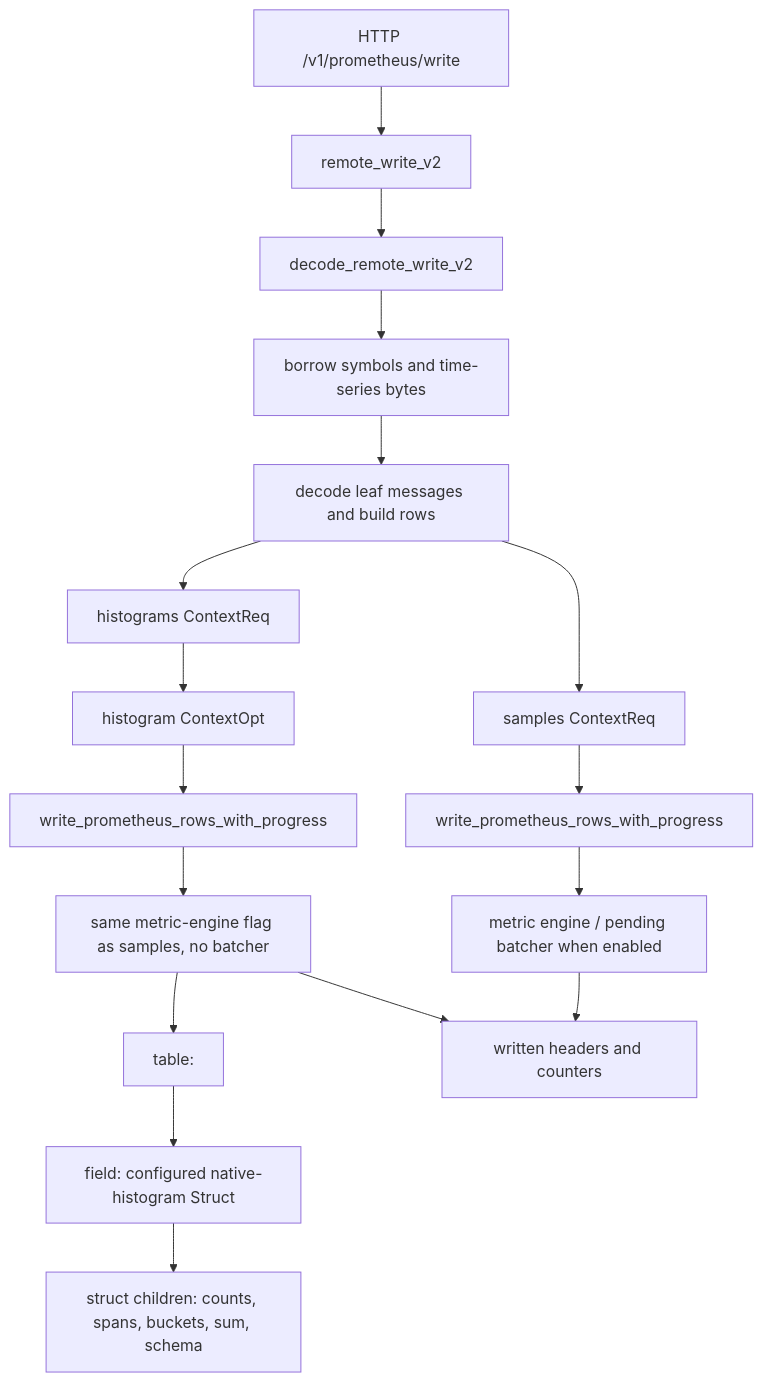
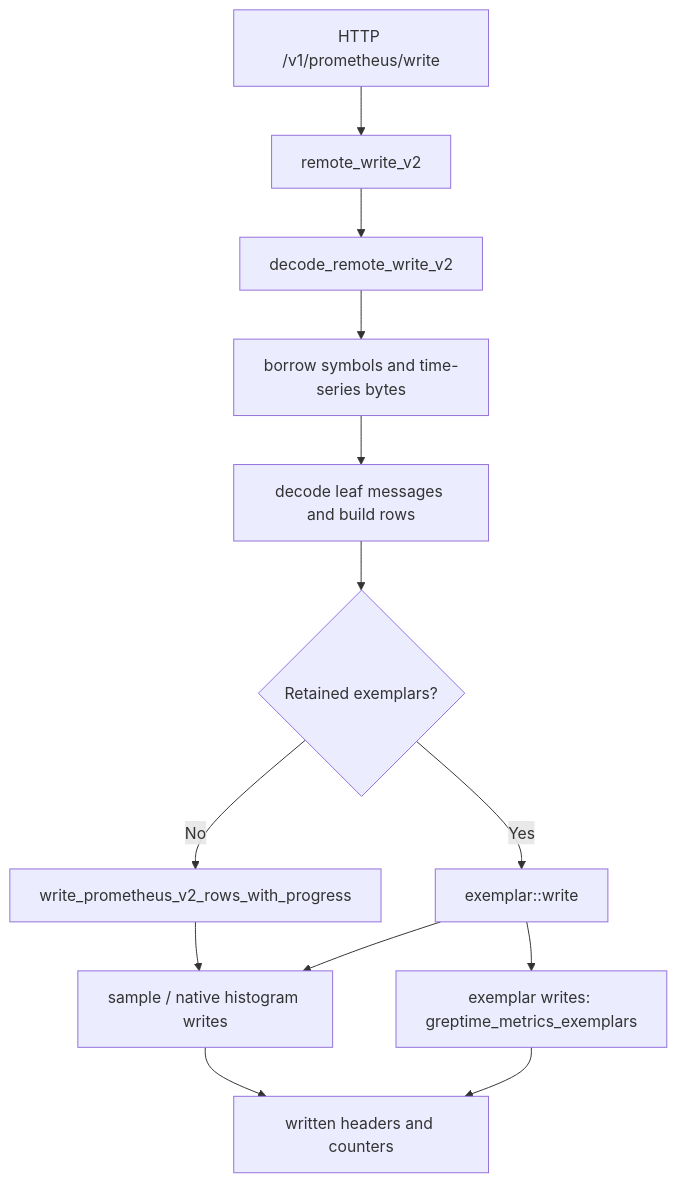
The diagram in src/servers/src/prom_remote_write/README.md (GreptimeTeam/greptimedb), drawn with Mermaid before and after one commit. The commit also changed other lines of this file, not shown here.

````diff
--- a/src/servers/src/prom_remote_write/README.md
+++ b/src/servers/src/prom_remote_write/README.md
@@ -11,23 +11,16 @@
 ```mermaid
 flowchart TD
     A["HTTP /v1/prometheus/write"] --> B["remote_write_v2"]
     B --> C["decode_remote_write_v2"]
     C --> D["borrow symbols and time-series bytes"]
     D --> E["decode leaf messages and build rows"]
 
-    E --> F["samples ContextReq"]
-    E --> G["histograms ContextReq"]
-
-    F --> H["write_prometheus_rows_with_progress"]
-    H --> I["metric engine / pending batcher when enabled"]
-
-    G --> J["histogram ContextOpt"]
-    J --> K["write_prometheus_rows_with_progress"]
-    K --> L["same metric-engine flag as samples, no batcher"]
-    L --> M["table: <metric>"]
-
-    M --> N["field: configured native-histogram Struct"]
-    N --> O["struct children: counts, spans, buckets, sum, schema"]
-    I --> P["written headers and counters"]
-    L --> P
+    E --> F{"Retained exemplars?"}
+    F -->|No| G["write_prometheus_v2_rows_with_progress"]
+    F -->|Yes| H["exemplar::write"]
+    G --> I["sample / native histogram writes"]
+    H --> I
+    H --> J["exemplar writes: greptime_metrics_exemplars"]
+    I --> K["written headers and counters"]
+    J --> K
 ```
````
